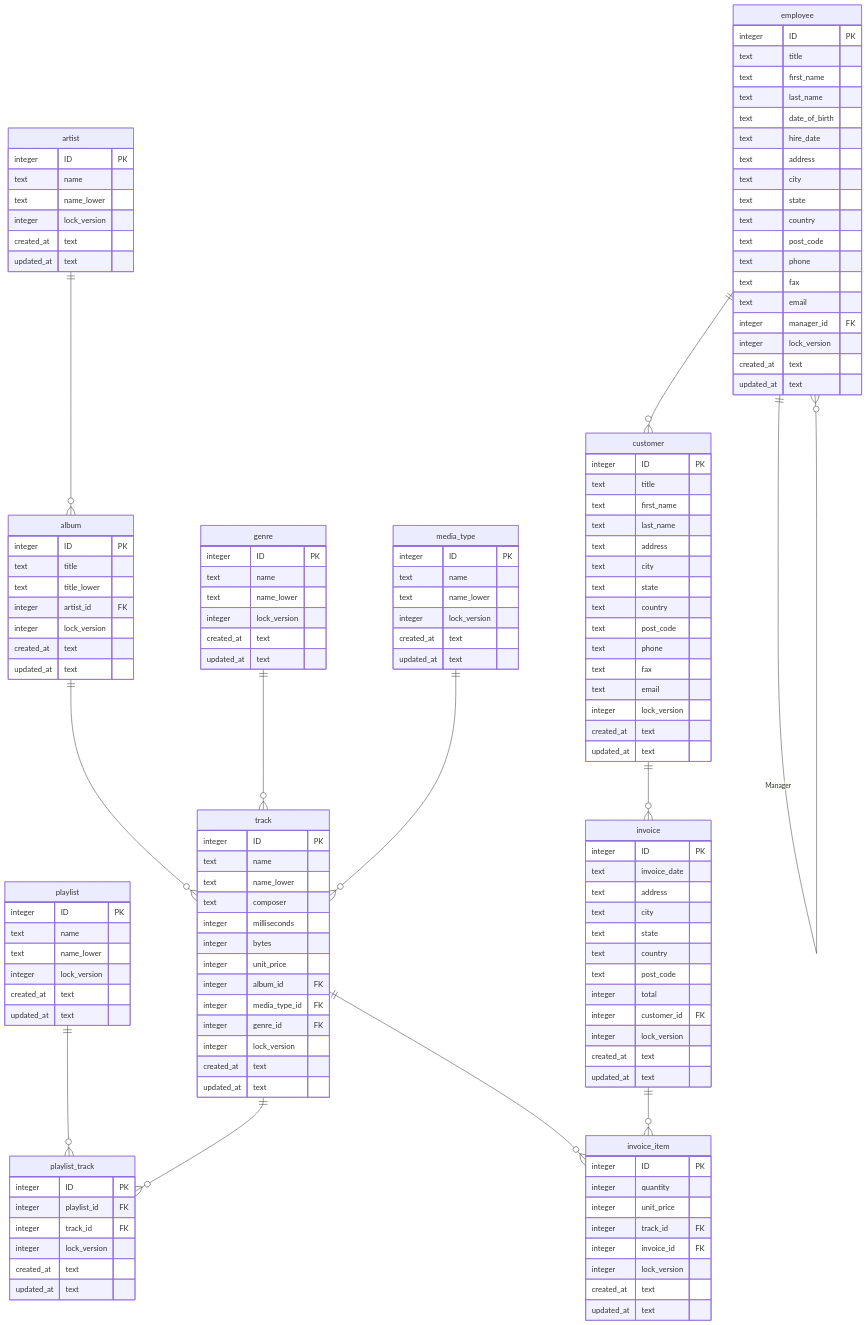
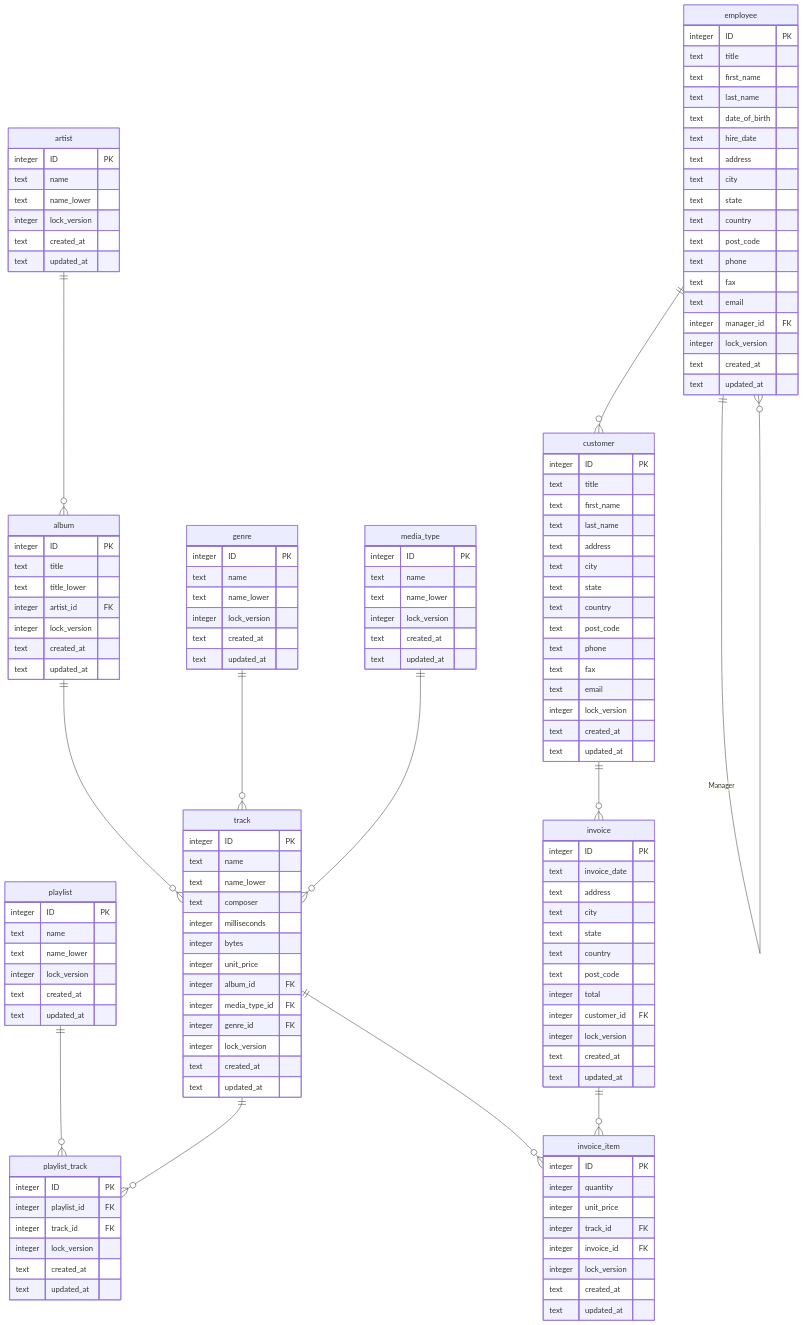
Before and after one commit to dooley-ch/mistral: the second of 3 diagrams in docs/sqlite.md, drawn with Mermaid. The commit also changed other lines of this file and 1 other file, not shown here.

Commit message:
Updated SQLite documentation

````diff
--- a/docs/sqlite.md
+++ b/docs/sqlite.md
@@ -72,8 +72,8 @@
         text name
         text name_lower
         integer lock_version
-        created_at text
-        updated_at text
+        text created_at
+        text updated_at
     }
     
     album {
@@ -82,8 +82,8 @@
         text title_lower
         integer artist_id FK        
         integer lock_version
-        created_at text
-        updated_at text
+        text created_at
+        text updated_at
     }
     
     playlist {
@@ -91,8 +91,8 @@
         text name
         text name_lower
         integer lock_version
-        created_at text
-        updated_at text
+        text created_at
+        text updated_at
     }
     
     playlist_track {
@@ -100,8 +100,8 @@
         integer playlist_id FK
         integer track_id FK
         integer lock_version
-        created_at text
-        updated_at text
+        text created_at
+        text updated_at
     }
     
     invoice_item {
@@ -111,8 +111,8 @@
         integer track_id FK
         integer invoice_id FK
         integer lock_version
-        created_at text
-        updated_at text
+        text created_at
+        text updated_at
     }
 
     track {
@@ -127,8 +127,8 @@
         integer media_type_id FK
         integer genre_id FK
         integer lock_version
-        created_at text
-        updated_at text
+        text created_at
+        text updated_at
     }
 
     genre {
@@ -136,8 +136,8 @@
         text name
         text name_lower
         integer lock_version
-        created_at text
-        updated_at text
+        text created_at
+        text updated_at
     }
 
     media_type {
@@ -145,8 +145,8 @@
         text name
         text name_lower
         integer lock_version
-        created_at text
-        updated_at text
+        text created_at
+        text updated_at
     }
     
     invoice {
@@ -160,8 +160,8 @@
         integer total
         integer customer_id FK
         integer lock_version
-        created_at text
-        updated_at text
+        text created_at
+        text updated_at
     }
 
     customer {
@@ -178,8 +178,8 @@
         text fax
         text email
         integer lock_version
-        created_at text
-        updated_at text
+        text created_at
+        text updated_at
     }
     
     employee {
@@ -199,7 +199,7 @@
         text email
         integer manager_id FK
         integer lock_version
-        created_at text
-        updated_at text
+        text created_at
+        text updated_at
     }    
 ```
````
